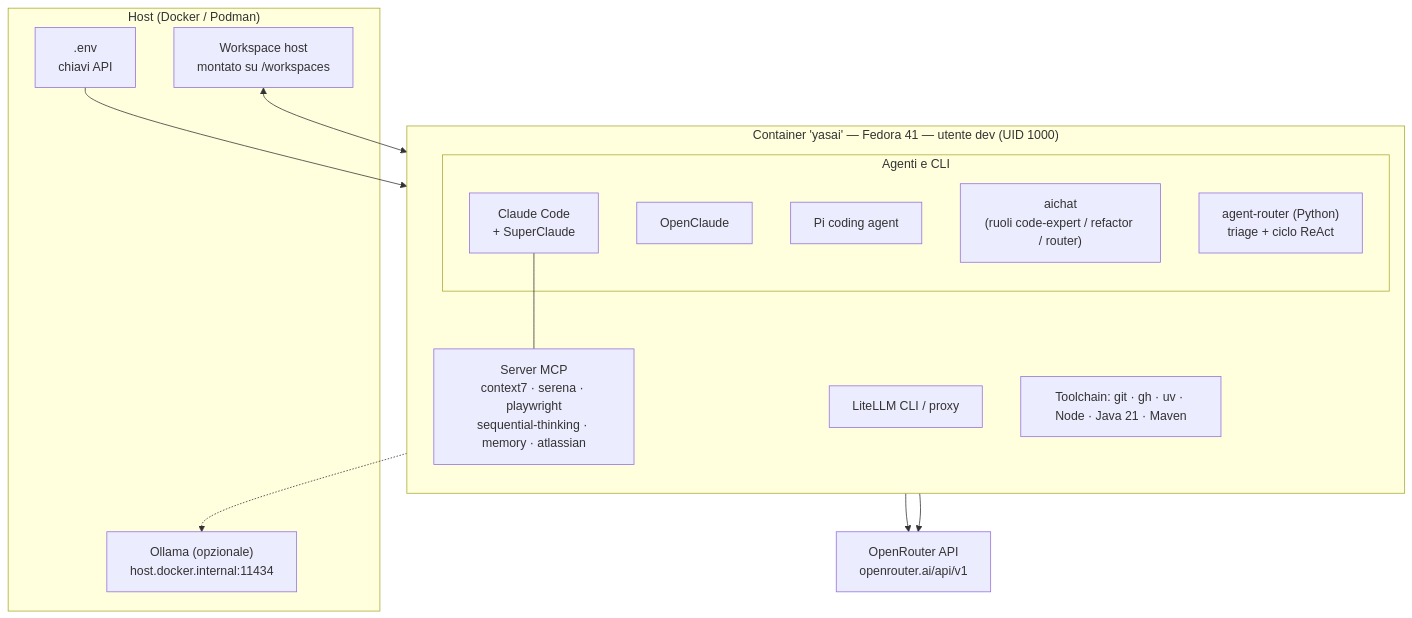
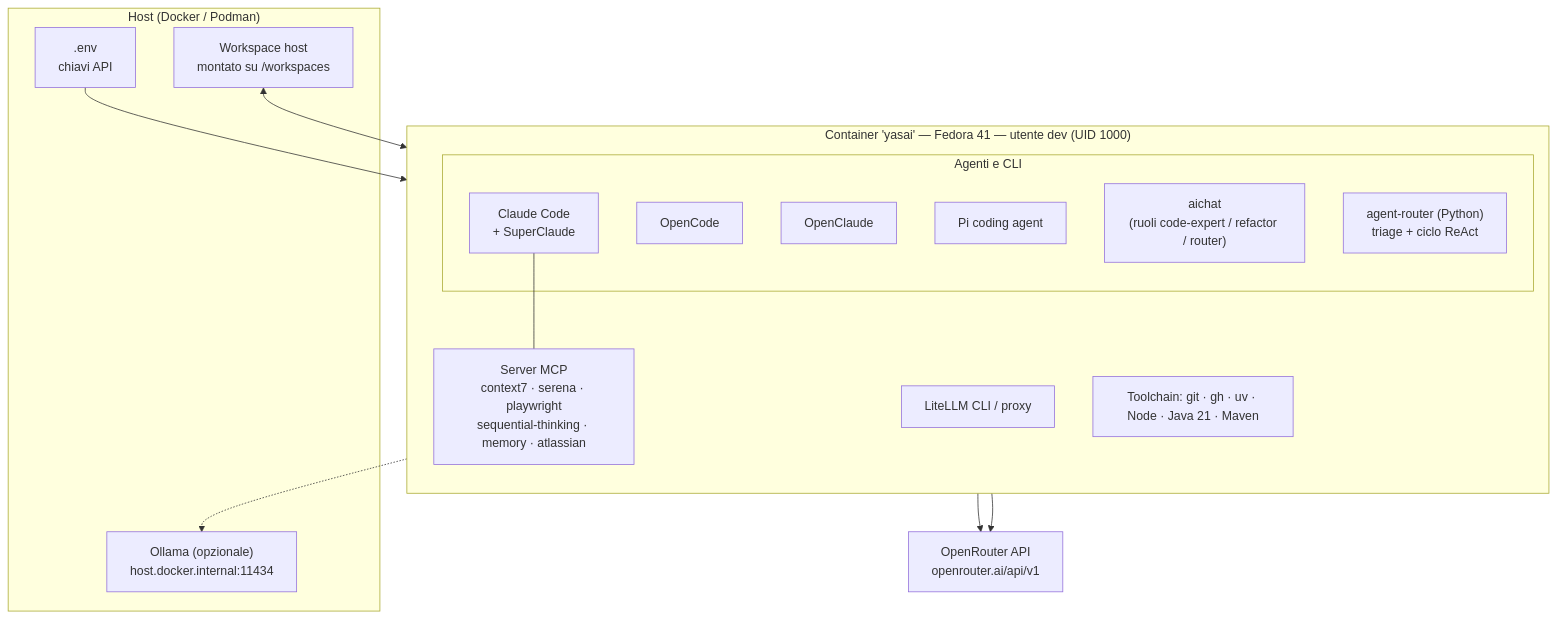
Before and after one commit to axxx75/YASAI: the first of 2 diagrams in README.md, drawn with Mermaid. The commit also changed other lines of this file and 3 other files, not shown here.

Commit message:
Install OpenCode alongside OpenClaude

````diff
--- a/README.md
+++ b/README.md
@@ -87,31 +88,32 @@
 ```mermaid
 flowchart TB
     subgraph HOST["Host (Docker / Podman)"]
         ENV[".env<br/>chiavi API"]
         WS["Workspace host<br/>montato su /workspaces"]
         OLL["Ollama (opzionale)<br/>host.docker.internal:11434"]
     end
 
     subgraph CTR["Container 'yasai' — Fedora 41 — utente dev (UID 1000)"]
         direction TB
         subgraph AG["Agenti e CLI"]
             CC["Claude Code<br/>+ SuperClaude"]
+            OPC["OpenCode"]
             OC["OpenClaude"]
             PI["Pi coding agent"]
             AI["aichat<br/>(ruoli code-expert / refactor / router)"]
             AR["agent-router (Python)<br/>triage + ciclo ReAct"]
         end
         MCP["Server MCP<br/>context7 · serena · playwright<br/>sequential-thinking · memory · atlassian"]
         LL["LiteLLM CLI / proxy"]
         TC["Toolchain: git · gh · uv · Node · Java 21 · Maven"]
     end
 
     OR["OpenRouter API<br/>openrouter.ai/api/v1"]
 
     ENV --> CTR
     WS <--> CTR
     CC --- MCP
     AG --> OR
     AG -.-> OLL
     LL --> OR
 ```
````
